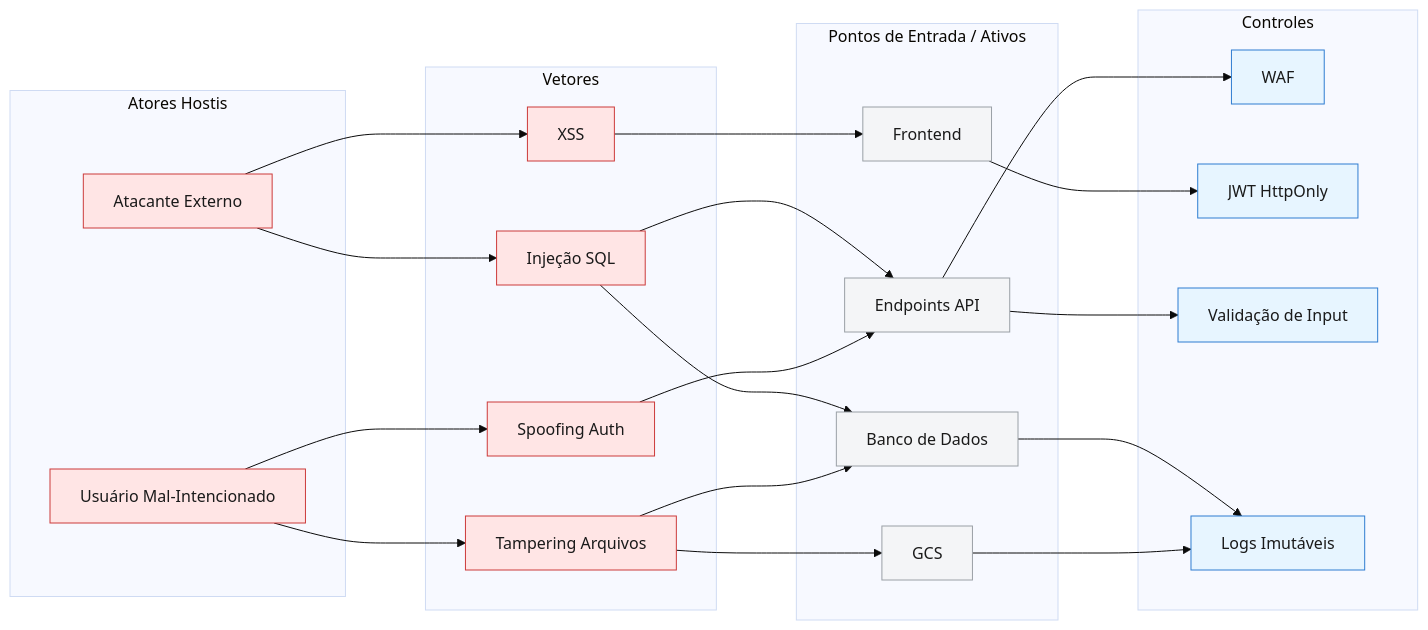
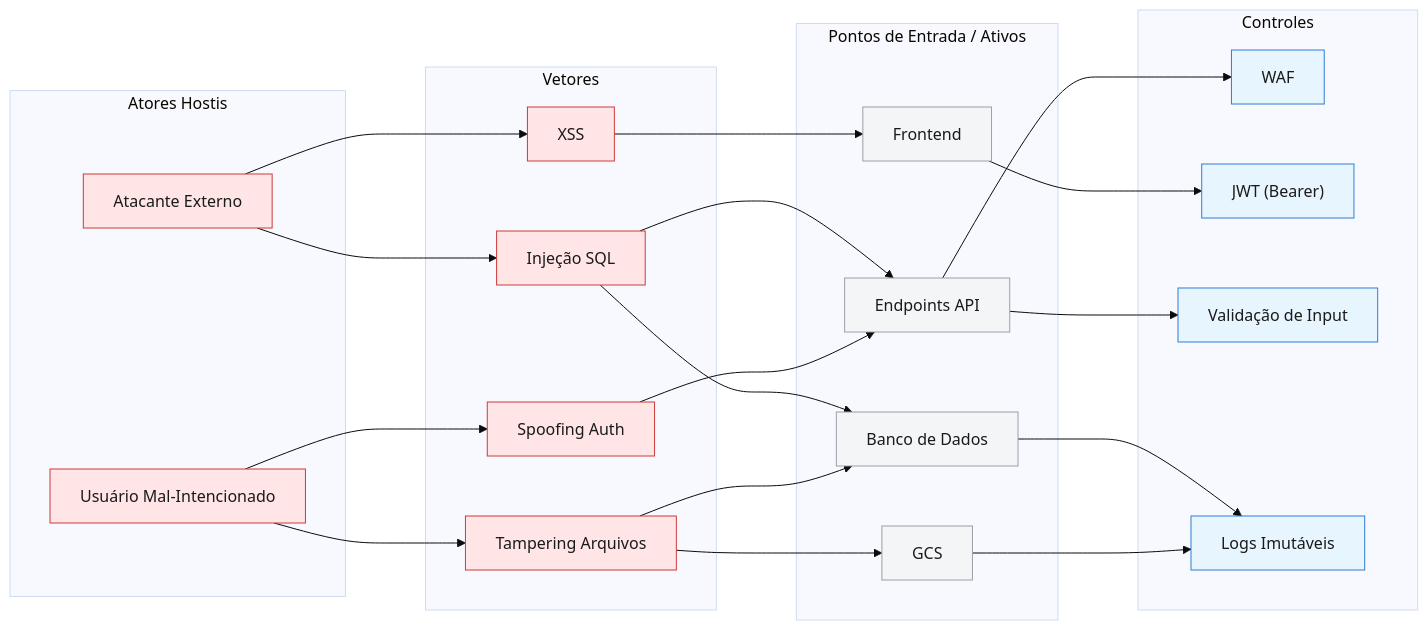
The second of 4 diagrams in docs/arquitetura/nuvem_e_seguranca/seguranca_app.md (pedrohpsantos/EdTech), drawn with Mermaid before and after one commit. The commit also changed other lines of this file and 9 other files, not shown here.

````diff
--- a/docs/arquitetura/nuvem_e_seguranca/seguranca_app.md
+++ b/docs/arquitetura/nuvem_e_seguranca/seguranca_app.md
@@ -55,54 +54,54 @@
 ```mermaid
 %%{init: {"theme": "base", "flowchart": {"nodeSpacing": 60, "rankSpacing": 80, "curve": "basis"}}}%%
 flowchart LR
     subgraph Atores["Atores Hostis"]
         AE["Atacante Externo"]
         UM["Usuário Mal-Intencionado"]
     end
 
     subgraph Vetores["Vetores"]
         SQL["Injeção SQL"]
         XSS["XSS"]
         SP["Spoofing Auth"]
         TAM["Tampering Arquivos"]
     end
 
     subgraph Ativos["Pontos de Entrada / Ativos"]
         FE["Frontend"]
         API["Endpoints API"]
         DB["Banco de Dados"]
         GCS["GCS"]
     end
 
     subgraph Controles["Controles"]
         WAF["WAF"]
-        JWT["JWT HttpOnly"]
+        JWT["JWT (Bearer)"]
         VAL["Validação de Input"]
         LOG["Logs Imutáveis"]
     end
 
     AE --> SQL
     AE --> XSS
     UM --> SP
     UM --> TAM
 
     SQL --> API
     SQL --> DB
     XSS --> FE
     SP --> API
     TAM --> DB
     TAM --> GCS
 
     FE --> JWT
     API --> WAF
     API --> VAL
     DB --> LOG
     GCS --> LOG
 
     classDef threat fill:#ffe5e5,stroke:#cc3b3b,color:#1a1a1a;
     classDef asset fill:#f4f5f7,stroke:#9aa0a6,color:#1a1a1a;
     classDef control fill:#e7f5ff,stroke:#2f7dd1,color:#1a1a1a;
     class AE,UM,SQL,XSS,SP,TAM threat;
     class FE,API,DB,GCS asset;
     class WAF,JWT,VAL,LOG control;
 ```
````
